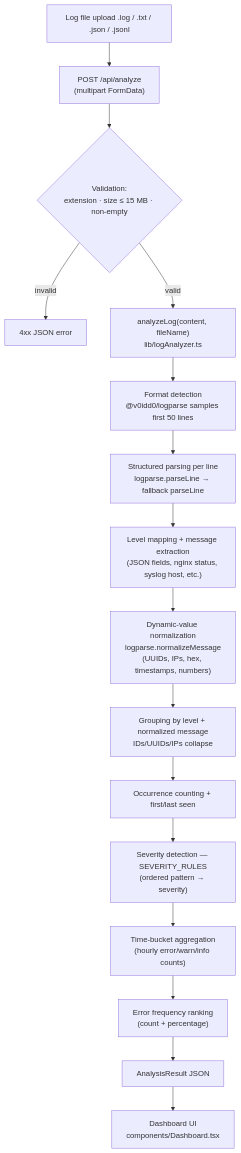
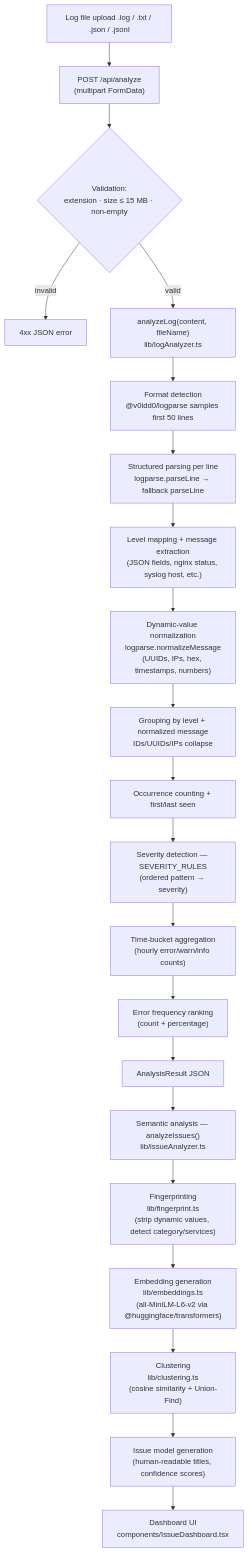
Before and after one commit to Manas-Dikshit/log_analyzer: the diagram in architectures/archlog.md, drawn with Mermaid. The commit also changed other lines of this file, not shown here.

Commit message:
docs: add architecture documentation for the log analysis system and semantic pipeline

````diff
--- a/architectures/archlog.md
+++ b/architectures/archlog.md
@@ -8,18 +9,23 @@
 ```mermaid
 flowchart TD
     A[Log file upload .log / .txt / .json / .jsonl] --> B["POST /api/analyze<br/>(multipart FormData)"]
     B --> C{Validation:<br/>extension · size ≤ 15 MB · non-empty}
     C -- invalid --> C1[4xx JSON error]
     C -- valid --> D["analyzeLog(content, fileName)<br/>lib/logAnalyzer.ts"]
     D --> E[Format detection<br/>@v0idd0/logparse samples first 50 lines]
     E --> F[Structured parsing per line<br/>logparse.parseLine → fallback parseLine]
     F --> G["Level mapping + message extraction<br/>(JSON fields, nginx status, syslog host, etc.)"]
     G --> H["Dynamic-value normalization<br/>logparse.normalizeMessage<br/>(UUIDs, IPs, hex, timestamps, numbers)"]
     H --> I["Grouping by level + normalized message<br/>IDs/UUIDs/IPs collapse"]
     I --> J[Occurrence counting + first/last seen]
     J --> K["Severity detection — SEVERITY_RULES<br/>(ordered pattern → severity)"]
     K --> L["Time-bucket aggregation<br/>(hourly error/warn/info counts)"]
     L --> M["Error frequency ranking<br/>(count + percentage)"]
-    M --> N[AnalysisResult JSON]
-    N --> O["Dashboard UI<br/>components/Dashboard.tsx"]
+    M --> N["AnalysisResult JSON"]
+    N --> O["Semantic analysis — analyzeIssues()<br/>lib/issueAnalyzer.ts"]
+    O --> P["Fingerprinting<br/>lib/fingerprint.ts<br/>(strip dynamic values, detect category/services)"]
+    P --> Q["Embedding generation<br/>lib/embeddings.ts<br/>(all-MiniLM-L6-v2 via @huggingface/transformers)"]
+    Q --> R["Clustering<br/>lib/clustering.ts<br/>(cosine similarity + Union-Find)"]
+    R --> S["Issue model generation<br/>(human-readable titles, confidence scores)"]
+    S --> T["Dashboard UI<br/>components/IssueDashboard.tsx"]
 ```
````
